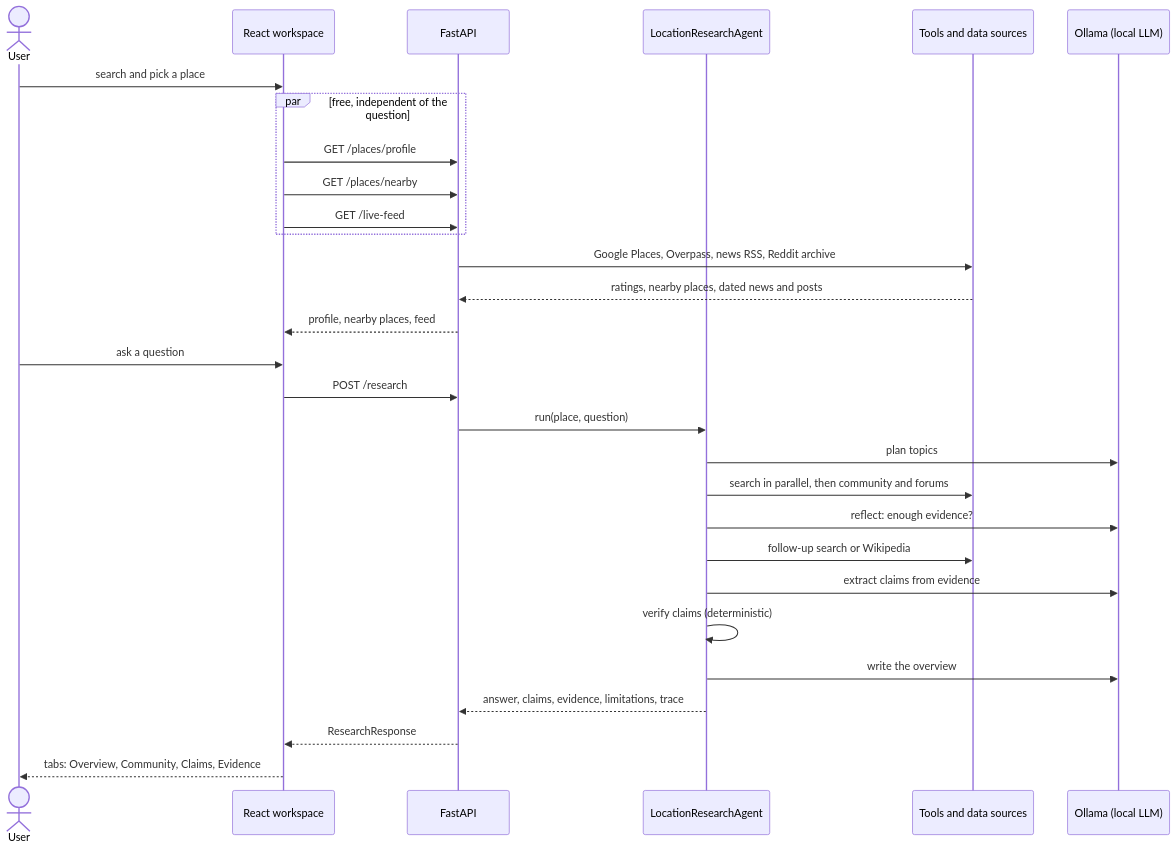
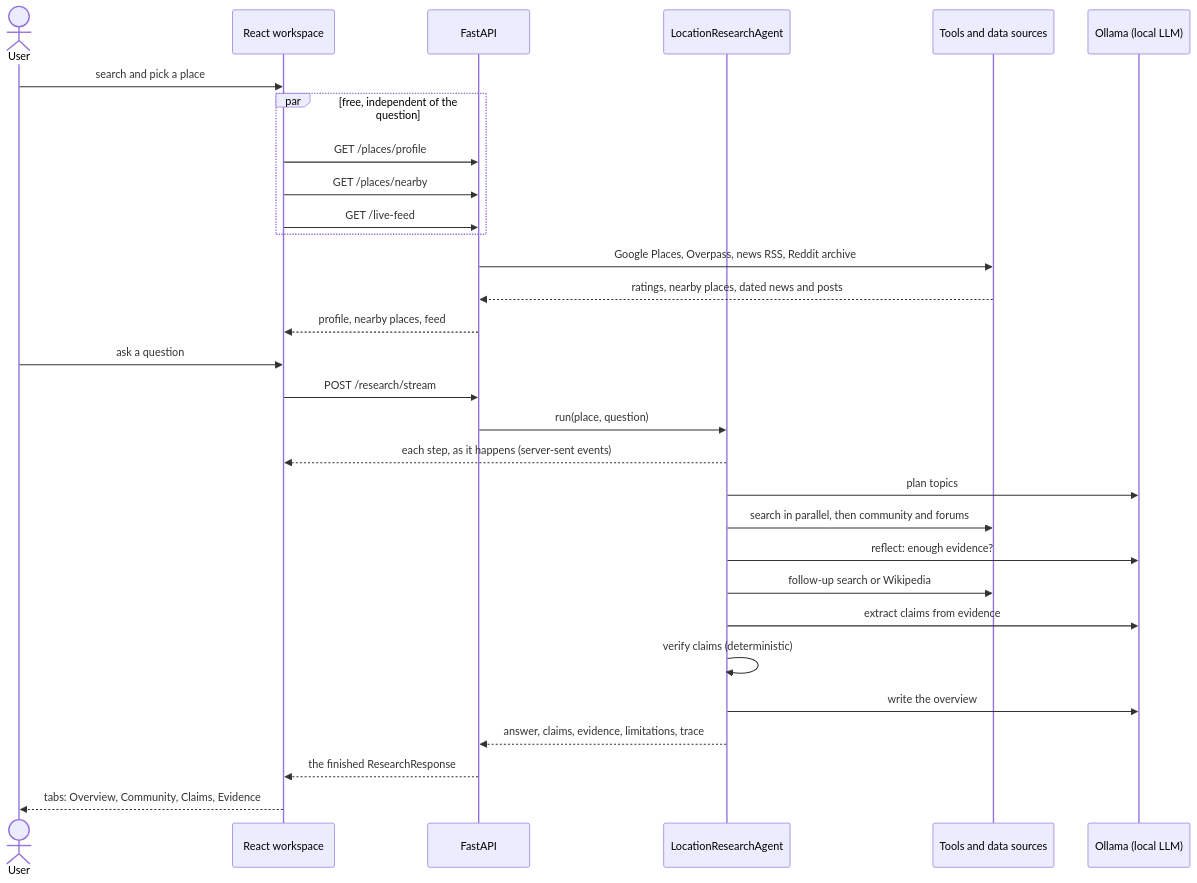
The sixth of 6 diagrams in README.md (anishneu/LugensaAI), drawn with Mermaid before and after one commit. The commit also changed other lines of this file and 22 other files, not shown here.

````diff
--- a/README.md
+++ b/README.md
@@ -379,32 +379,33 @@
 ```mermaid
 sequenceDiagram
   actor U as User
   participant W as React workspace
   participant A as FastAPI
   participant G as LocationResearchAgent
   participant T as Tools and data sources
   participant L as Ollama (local LLM)
 
   U->>W: search and pick a place
   par free, independent of the question
     W->>A: GET /places/profile
     W->>A: GET /places/nearby
     W->>A: GET /live-feed
   end
   A->>T: Google Places, Overpass, news RSS, Reddit archive
   T-->>A: ratings, nearby places, dated news and posts
   A-->>W: profile, nearby places, feed
   U->>W: ask a question
-  W->>A: POST /research
+  W->>A: POST /research/stream
   A->>G: run(place, question)
+  G-->>W: each step, as it happens (server-sent events)
   G->>L: plan topics
   G->>T: search in parallel, then community and forums
   G->>L: reflect: enough evidence?
   G->>T: follow-up search or Wikipedia
   G->>L: extract claims from evidence
   G->>G: verify claims (deterministic)
   G->>L: write the overview
   G-->>A: answer, claims, evidence, limitations, trace
-  A-->>W: ResearchResponse
+  A-->>W: the finished ResearchResponse
   W-->>U: tabs: Overview, Community, Claims, Evidence
 ```
````
